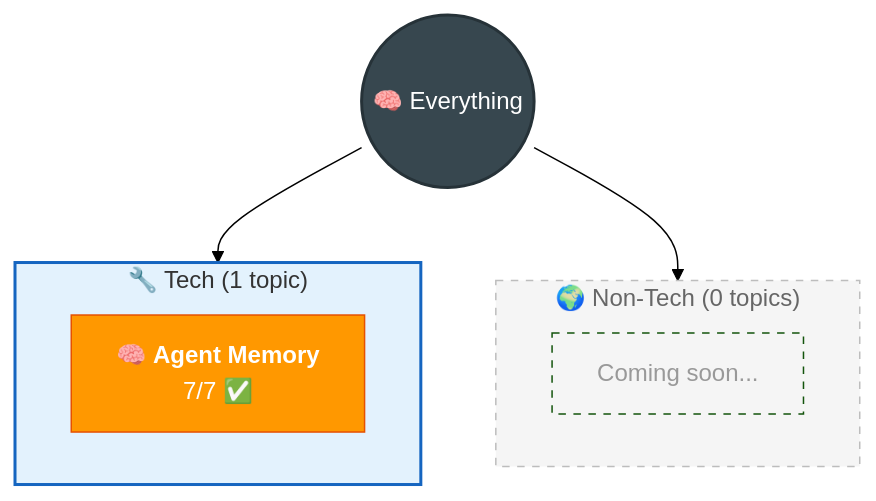
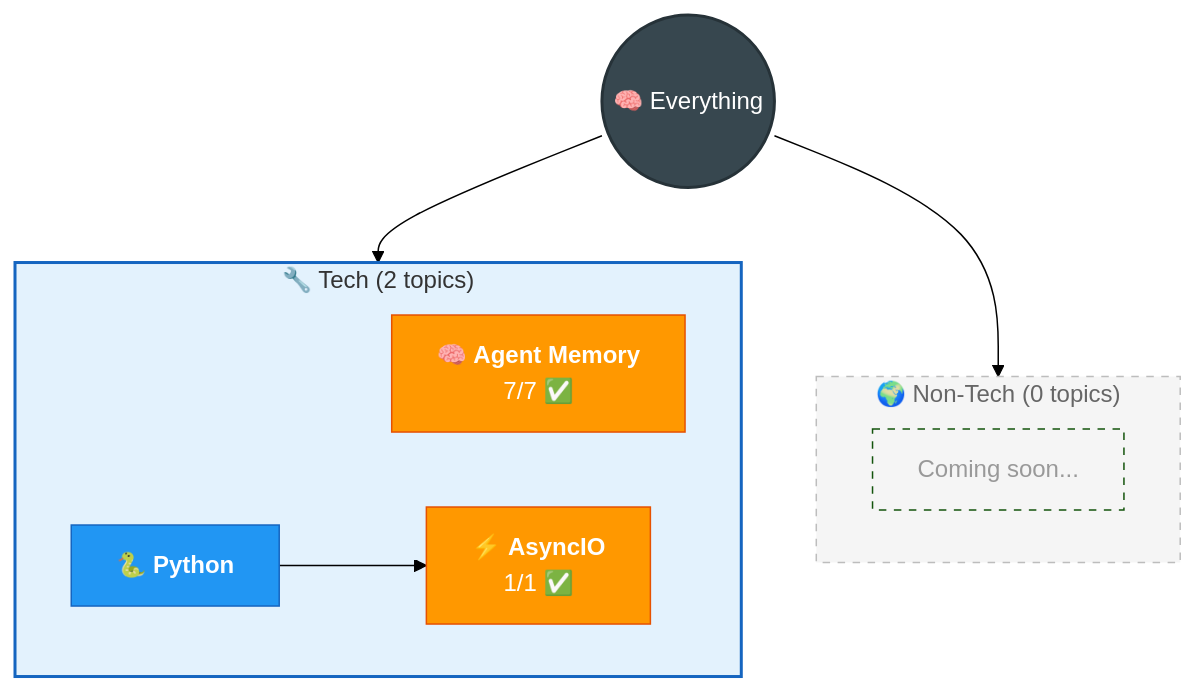
One commit to AyushSonuu/my-memory changed the diagram in _maps/everything.md. Above: the diagram before and after it, drawn with Mermaid (forest theme). The commit also changed other lines of this file and 7 other files, not shown here.

Commit message:
🗺️ full Tier 2 sync: all maps, READMEs, timeline, connections — 2 topics, GitHub Pages ready

````diff
--- a/_maps/everything.md
+++ b/_maps/everything.md
@@ -5,21 +5,25 @@
 ```mermaid
 graph TB
     ROOT(("🧠 Everything"))
     
-    subgraph TECH ["🔧 Tech (1 topic)"]
+    subgraph TECH ["🔧 Tech (2 topics)"]
         AM["🧠 <b>Agent Memory</b><br/>7/7 ✅"]
+        PY["🐍 <b>Python</b>"]
+        PY --> AIO["⚡ <b>AsyncIO</b><br/>1/1 ✅"]
     end
 
     subgraph NT ["🌍 Non-Tech (0 topics)"]
         NTE["Coming soon..."]
     end
 
     ROOT --> TECH
     ROOT --> NT
 
     style ROOT fill:#37474f,color:#fff,stroke:#263238,stroke-width:2px
     style TECH fill:#e3f2fd,color:#333,stroke:#1565c0,stroke-width:2px
     style NT fill:#f5f5f5,color:#666,stroke:#bdbdbd,stroke-dasharray: 5 5
     style AM fill:#ff9800,color:#fff,stroke:#e65100
+    style PY fill:#2196f3,color:#fff,stroke:#1565c0
+    style AIO fill:#ff9800,color:#fff,stroke:#e65100
     style NTE fill:#f5f5f5,color:#999,stroke-dasharray: 5 5
 ```
````
